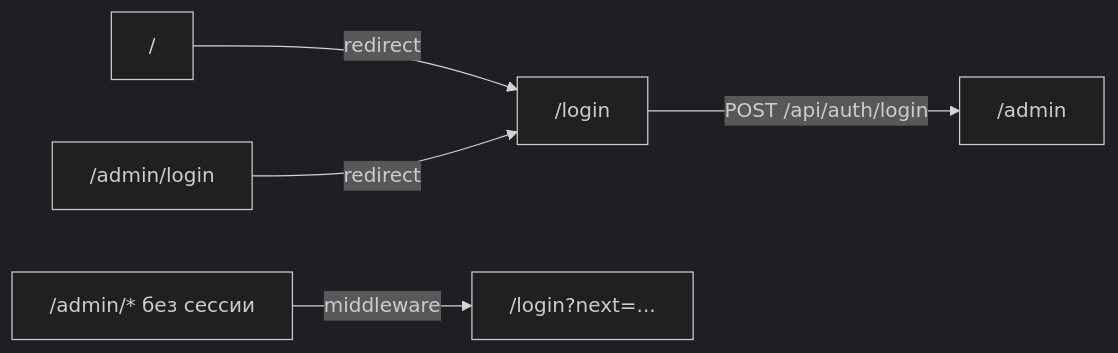
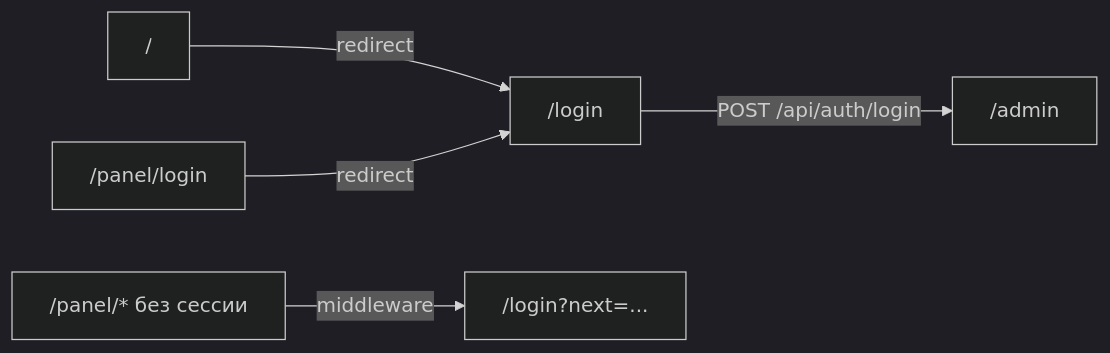
One commit to butbeautifulv/fstec changed the diagram in .cursor/plans/login_and_sidebar_refactor_761b27c8.plan.md. Above: the diagram before and after it, drawn with Mermaid (dark theme). The commit also changed other lines of this file and 204 other files, not shown here.

````diff
--- a/.cursor/plans/login_and_sidebar_refactor_761b27c8.plan.md
+++ b/.cursor/plans/login_and_sidebar_refactor_761b27c8.plan.md
@@ -40,7 +40,7 @@
 ```mermaid
 flowchart LR
   root["/"] -->|redirect| login["/login"]
   login -->|POST /api/auth/login| admin["/admin"]
-  adminLogin["/admin/login"] -->|redirect| login
-  unauth["/admin/* без сессии"] -->|middleware| loginNext["/login?next=..."]
+  adminLogin["/panel/login"] -->|redirect| login
+  unauth["/panel/* без сессии"] -->|middleware| loginNext["/login?next=..."]
 ```
````
